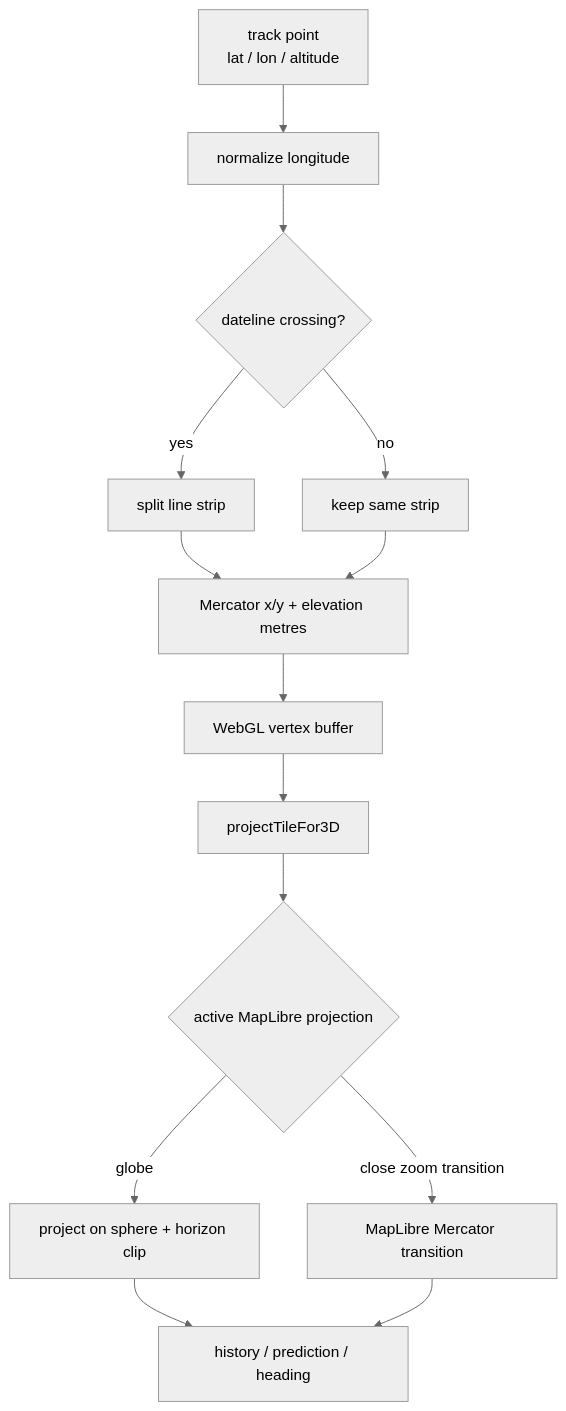
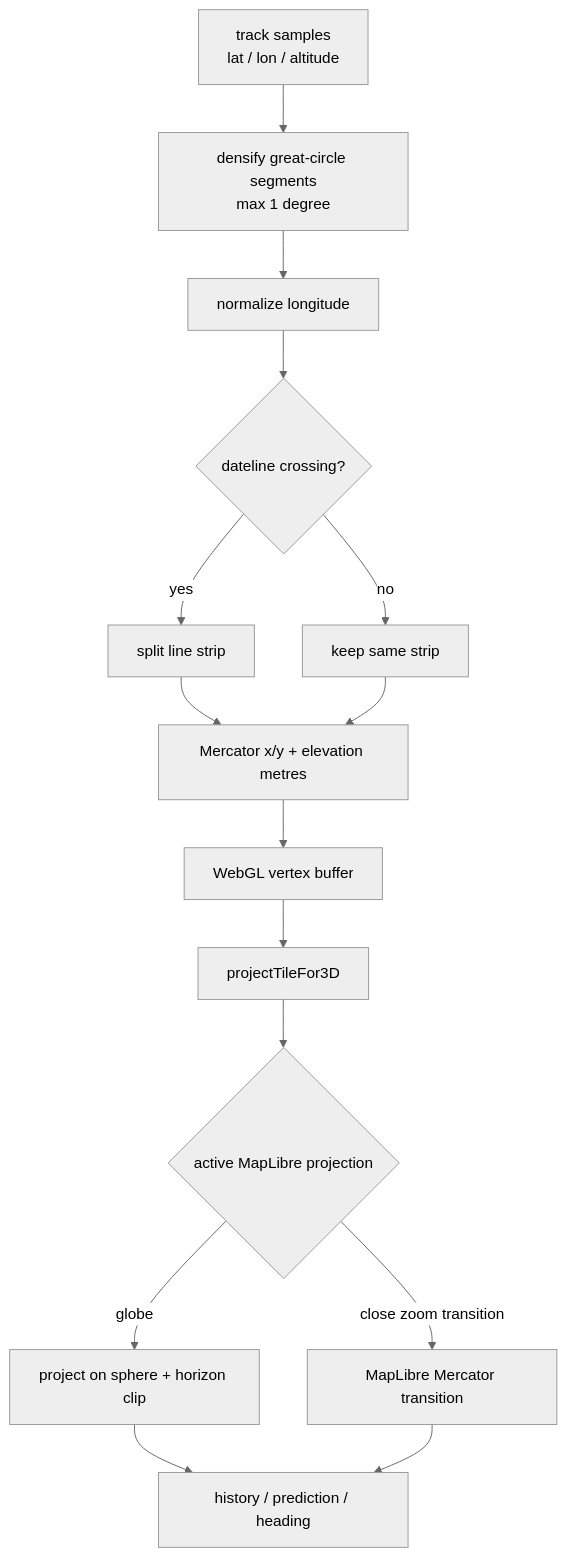
One commit to ExoSpaceLabs/world-sat-monitor changed the second of 3 diagrams in docs/orbit-display.md. Above: the diagram before and after it, drawn with Mermaid (neutral theme). The commit also changed other lines of this file, not shown here.

Commit message:
docs(world-sat-monitor): document orbit path subdivision

````diff
--- a/docs/orbit-display.md
+++ b/docs/orbit-display.md
@@ -24,16 +24,17 @@
 ```mermaid
 flowchart TD
-    P[track point<br/>lat / lon / altitude] --> N[normalize longitude]
+    P[track samples<br/>lat / lon / altitude] --> D[densify great-circle segments<br/>max 1 degree]
+    D --> N[normalize longitude]
     N --> X{dateline crossing?}
     X -->|yes| S[split line strip]
     X -->|no| M[keep same strip]
     S --> C[Mercator x/y + elevation metres]
     M --> C
     C --> V[WebGL vertex buffer]
     V --> Q[projectTileFor3D]
     Q --> G{active MapLibre projection}
     G -->|globe| GL[project on sphere + horizon clip]
     G -->|close zoom transition| MC[MapLibre Mercator transition]
     GL --> F[history / prediction / heading]
     MC --> F
 ```
````
